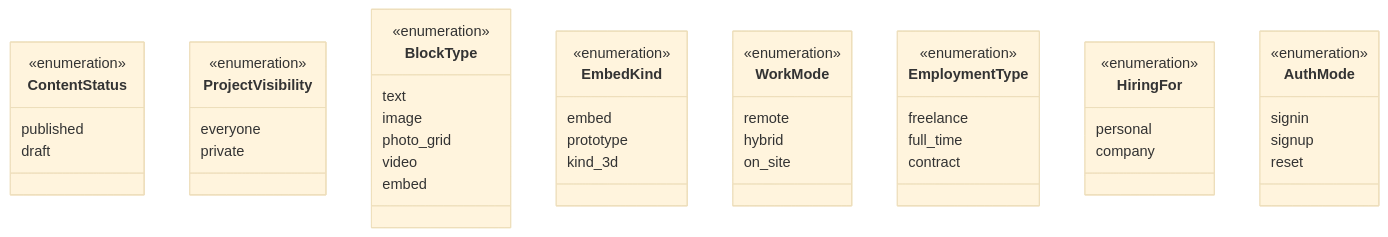
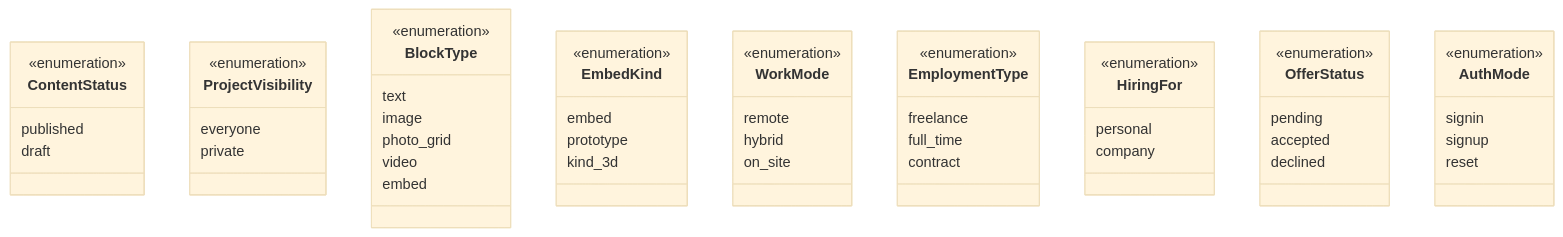
One commit to bdncr/project_x changed the second of 4 diagrams in docs/diagrams/07-class.md. Above: the diagram before and after it, drawn with Mermaid (base theme). The commit also changed other lines of this file and 30 other files, not shown here.

````diff
--- a/docs/diagrams/07-class.md
+++ b/docs/diagrams/07-class.md
@@ -144,50 +147,56 @@
 ```mermaid
 classDiagram
   class ContentStatus {
     <<enumeration>>
     published
     draft
   }
   class ProjectVisibility {
     <<enumeration>>
     everyone
     private
   }
   class BlockType {
     <<enumeration>>
     text
     image
     photo_grid
     video
     embed
   }
   class EmbedKind {
     <<enumeration>>
     embed
     prototype
     kind_3d
   }
   class WorkMode {
     <<enumeration>>
     remote
     hybrid
     on_site
   }
   class EmploymentType {
     <<enumeration>>
     freelance
     full_time
     contract
   }
   class HiringFor {
     <<enumeration>>
     personal
     company
   }
+  class OfferStatus {
+    <<enumeration>>
+    pending
+    accepted
+    declined
+  }
   class AuthMode {
     <<enumeration>>
     signin
     signup
     reset
   }
 ```
````
